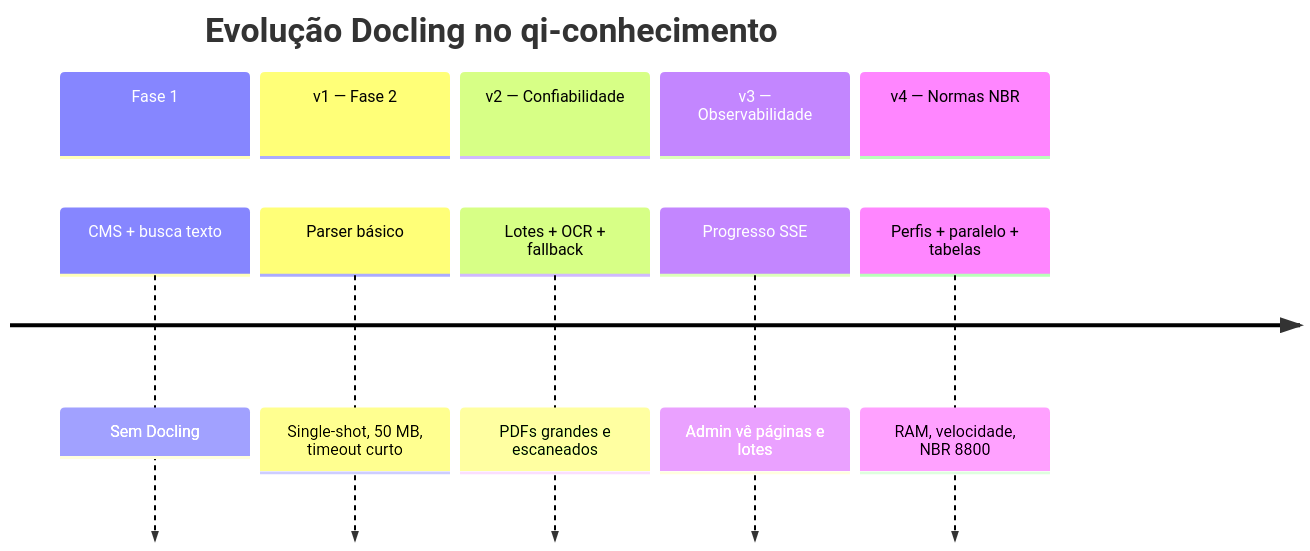
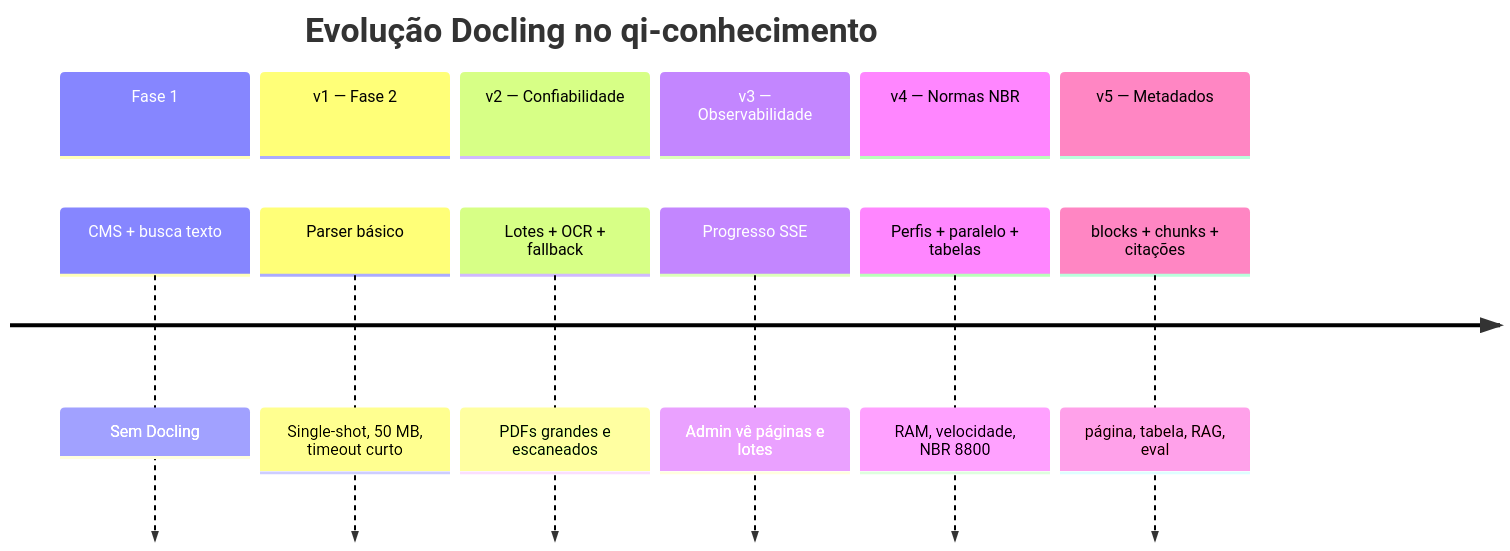
Before and after one commit to rflsc/qi-conhecimento: the second of 2 diagrams in docs/architecture/docling.md, drawn with Mermaid. The commit also changed other lines of this file and 15 other files, not shown here.

First line of the commit message:
Improve RAG citations for NBR 8800 K queries and add eval suite.

````diff
--- a/docs/architecture/docling.md
+++ b/docs/architecture/docling.md
@@ -246,14 +259,16 @@
 ```mermaid
 timeline
     title Evolução Docling no qi-conhecimento
     section Fase 1
         CMS + busca texto : Sem Docling
     section v1 — Fase 2
         Parser básico : Single-shot, 50 MB, timeout curto
     section v2 — Confiabilidade
         Lotes + OCR + fallback : PDFs grandes e escaneados
     section v3 — Observabilidade
         Progresso SSE : Admin vê páginas e lotes
     section v4 — Normas NBR
         Perfis + paralelo + tabelas : RAM, velocidade, NBR 8800
+    section v5 — Metadados
+        blocks + chunks + citações : página, tabela, RAG, eval
 ```
````
